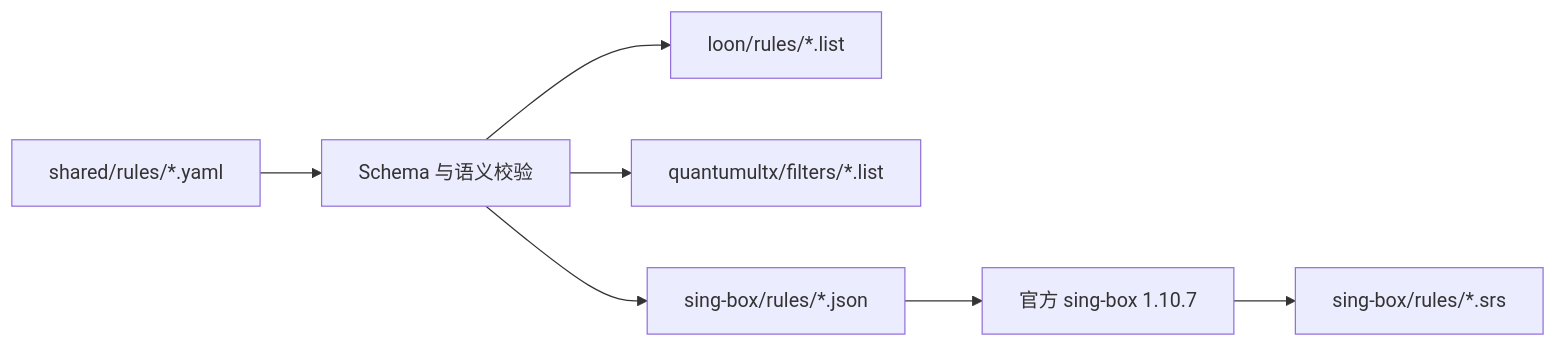
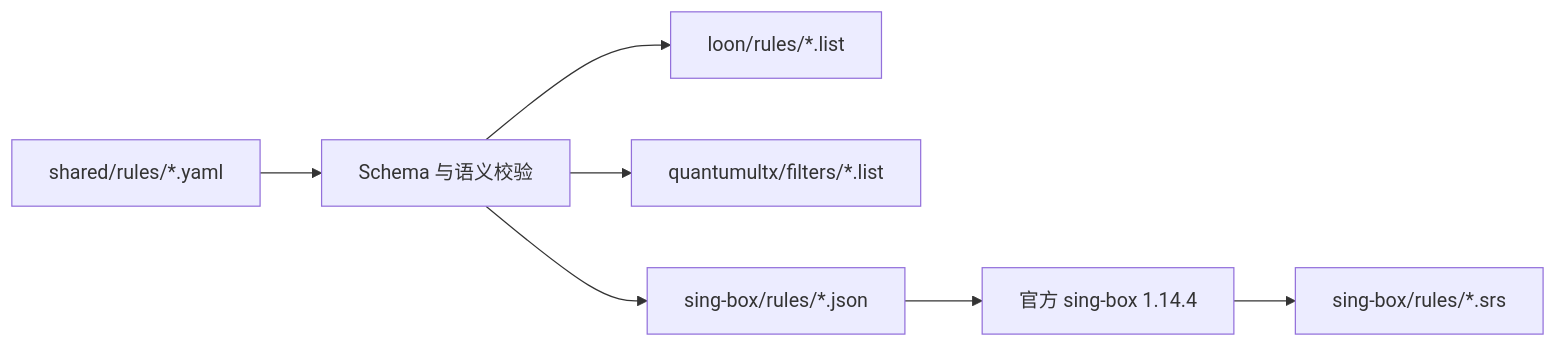
Before and after one commit to KnowSky404/ProxyKit: the diagram in docs/architecture.md, drawn with Mermaid. The commit also changed other lines of this file and 11 other files, not shown here.

Commit message:
chore: update sing-box and Bun types to latest stable releases

````diff
--- a/docs/architecture.md
+++ b/docs/architecture.md
@@ -11,9 +11,9 @@
 ```mermaid
 flowchart LR
     YAML[shared/rules/*.yaml] --> V[Schema 与语义校验]
     V --> L[loon/rules/*.list]
     V --> Q[quantumultx/filters/*.list]
     V --> J[sing-box/rules/*.json]
-    J --> C[官方 sing-box 1.10.7]
+    J --> C[官方 sing-box 1.14.4]
     C --> S[sing-box/rules/*.srs]
 ```
````
